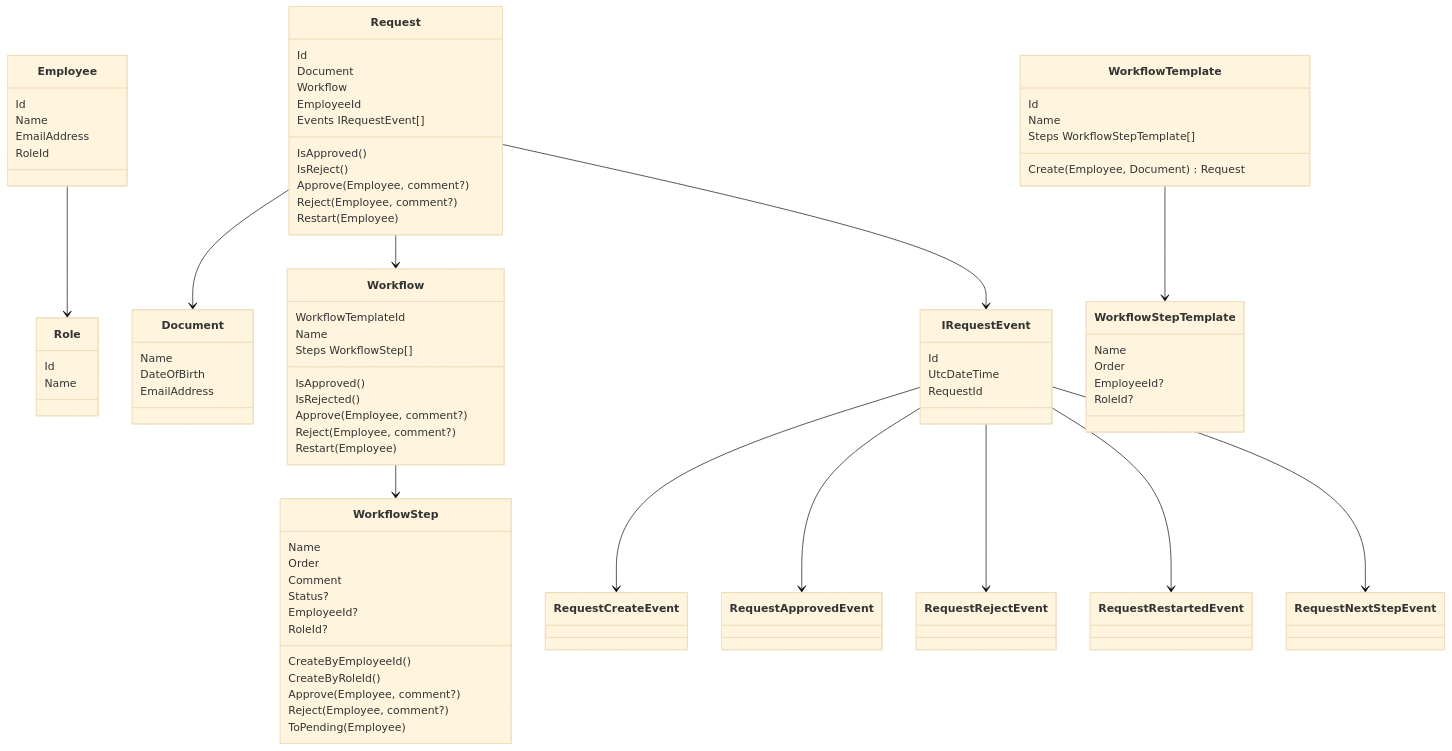
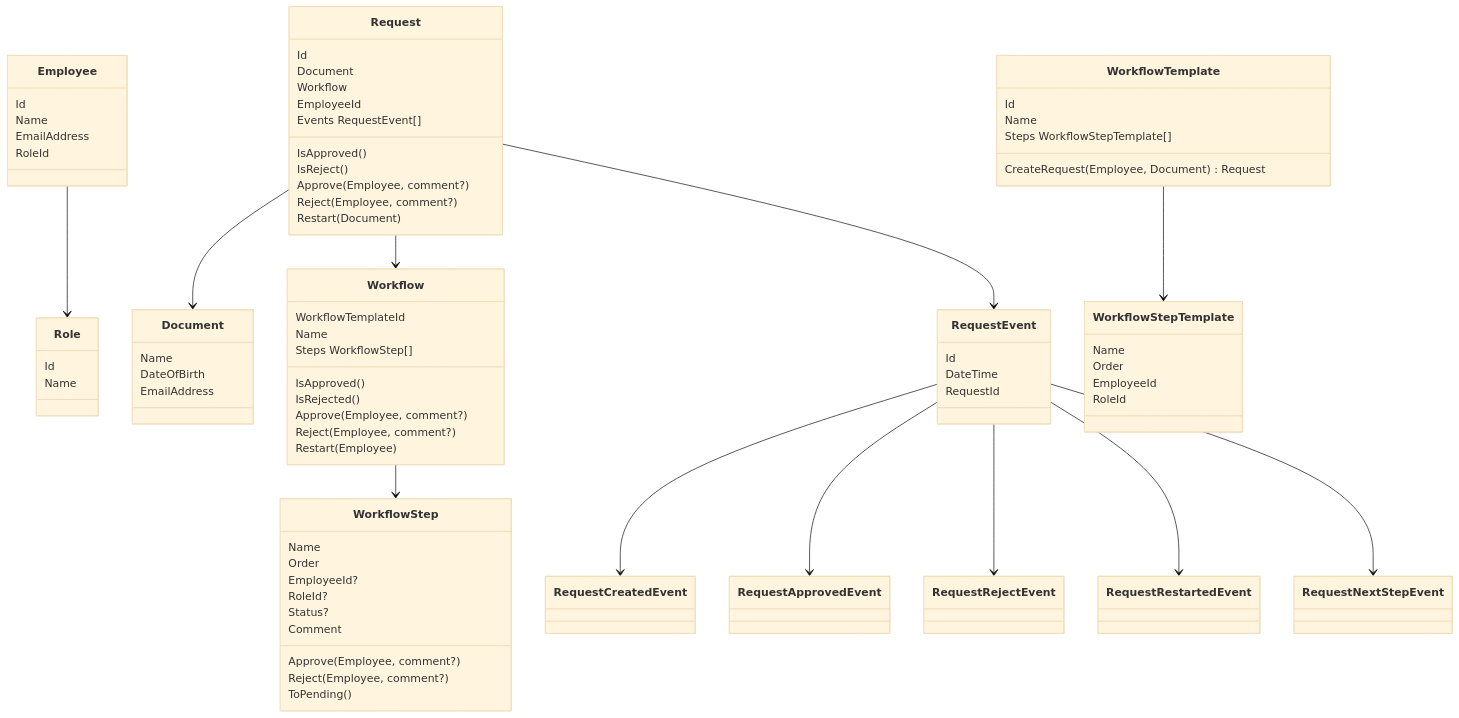
The diagram in README.md (tarioma/Interviews), drawn with Mermaid (base theme) before and after one commit.

````diff
--- a/README.md
+++ b/README.md
@@ -3,12 +3,12 @@
     Employee --> Role
     Request --> Document
     Request --> Workflow
-    Request --> IRequestEvent
-    IRequestEvent --> RequestCreateEvent
-    IRequestEvent --> RequestApprovedEvent
-    IRequestEvent --> RequestRejectEvent
-    IRequestEvent --> RequestRestartedEvent
-    IRequestEvent --> RequestNextStepEvent
+    Request --> RequestEvent
+    RequestEvent --> RequestCreatedEvent
+    RequestEvent --> RequestApprovedEvent
+    RequestEvent --> RequestRejectEvent
+    RequestEvent --> RequestRestartedEvent
+    RequestEvent --> RequestNextStepEvent
     Workflow --> WorkflowStep
     WorkflowTemplate --> WorkflowStepTemplate
 
@@ -27,20 +27,20 @@
         Document 
         Workflow
         EmployeeId
-        Events IRequestEvent[]
+        Events RequestEvent[]
         
         IsApproved()
         IsReject()
         Approve(Employee, comment?)
         Reject(Employee, comment?)
-        Restart(Employee)
+        Restart(Document)
     }
-    class IRequestEvent{
+    class RequestEvent{
         Id
-        UtcDateTime
+        DateTime
         RequestId
     }
-    class RequestCreateEvent{
+    class RequestCreatedEvent{
     }
     class RequestApprovedEvent{
     }
@@ -69,28 +69,26 @@
     class WorkflowStep{
         Name
         Order
-        Comment
-        Status?
         EmployeeId?
         RoleId?
+        Status?
+        Comment
         
-        CreateByEmployeeId()
-        CreateByRoleId()
         Approve(Employee, comment?)
         Reject(Employee, comment?)
-        ToPending(Employee)
+        ToPending()
     }
     class WorkflowTemplate{
         Id
         Name
         Steps WorkflowStepTemplate[]
-        Create(Employee, Document) Request
+        CreateRequest(Employee, Document) Request
     }
 
     class WorkflowStepTemplate{
         Name
         Order
-        EmployeeId?
-        RoleId?
+        EmployeeId
+        RoleId
     }
 ```
````
